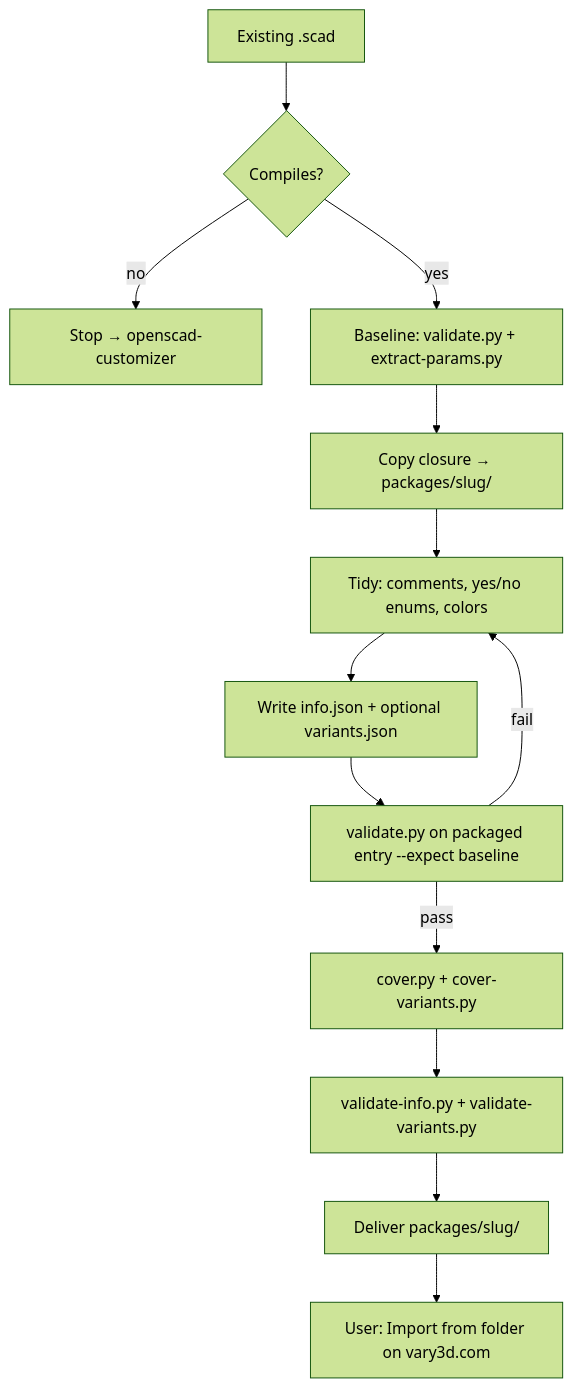
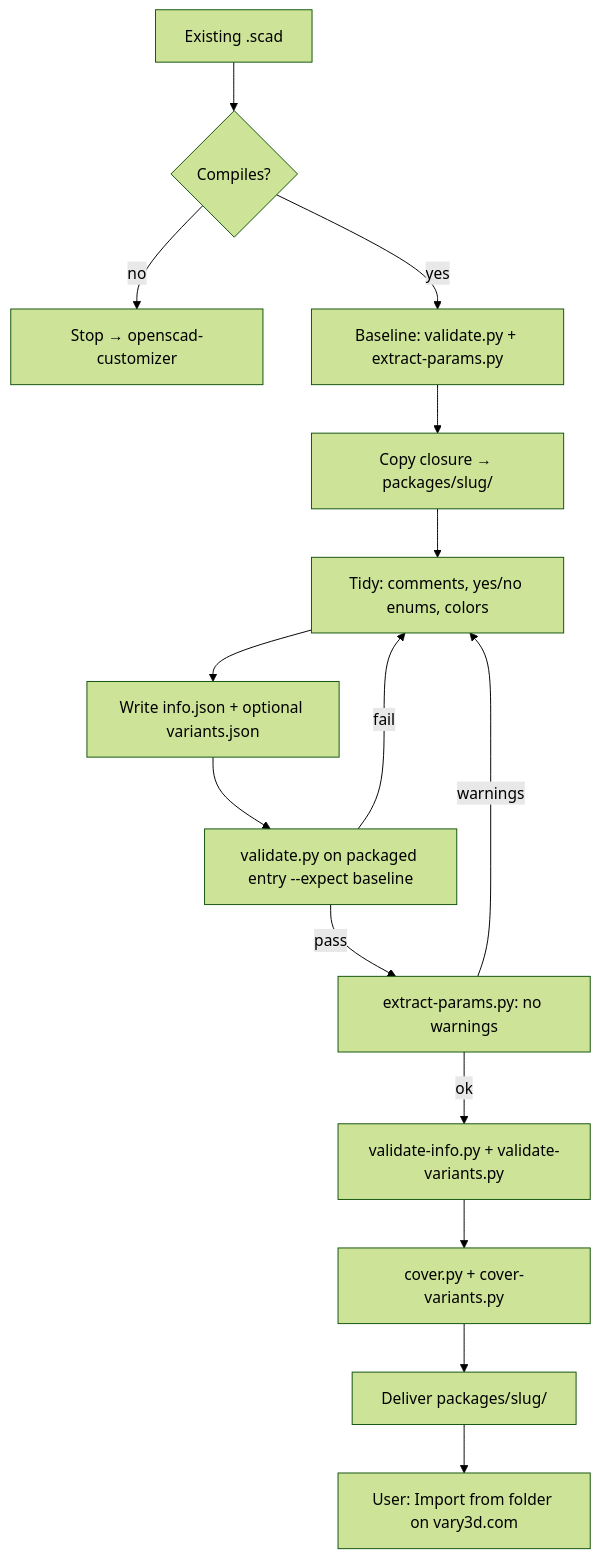
The diagram in docs/vary3d-package.md (vary3d/skills), drawn with Mermaid (forest theme) before and after one commit. The commit also changed other lines of this file and 3 other files, not shown here.

````diff
--- a/docs/vary3d-package.md
+++ b/docs/vary3d-package.md
@@ -47,17 +48,19 @@
 ```mermaid
 flowchart TD
     A[Existing .scad] --> B{Compiles?}
     B -->|no| B1[Stop → openscad-customizer]
     B -->|yes| C[Baseline: validate.py + extract-params.py]
 
     C --> D[Copy closure → packages/slug/]
     D --> E[Tidy: comments, yes/no enums, colors]
     E --> F[Write info.json + optional variants.json]
 
     F --> G[validate.py on packaged entry --expect baseline]
     G -->|fail| E
-    G -->|pass| H[cover.py + cover-variants.py]
-    H --> I[validate-info.py + validate-variants.py]
-    I --> J[Deliver packages/slug/]
+    G -->|pass| P[extract-params.py: no warnings]
+    P -->|warnings| E
+    P -->|ok| I[validate-info.py + validate-variants.py]
+    I --> H[cover.py + cover-variants.py]
+    H --> J[Deliver packages/slug/]
     J --> K[User: Import from folder on vary3d.com]
 ```
````
